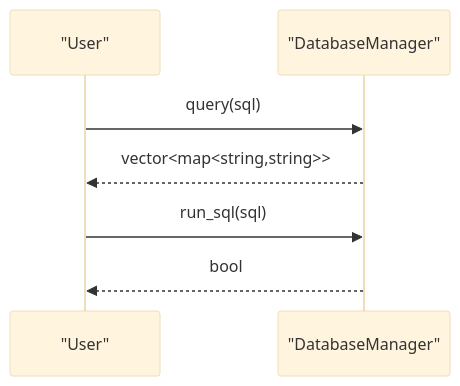
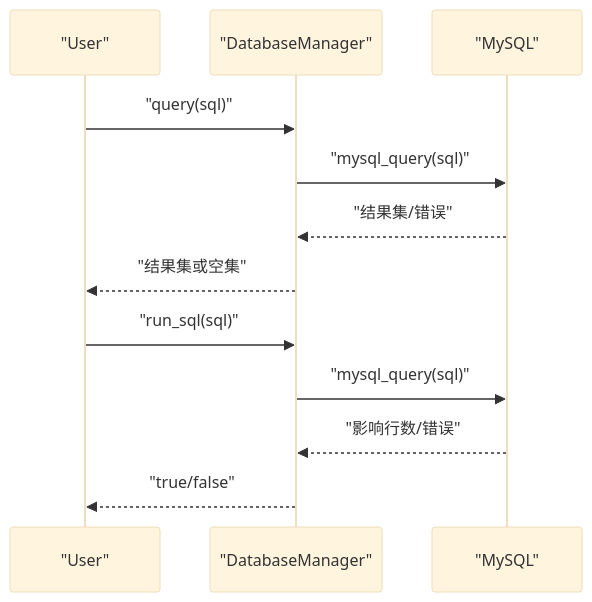
One commit to jinpeng900/OJ-Test changed the fifth of 7 diagrams in .qoder/repowiki/zh/content/核心模块详解/用户模块.md. Above: the diagram before and after it, drawn with Mermaid (base theme). The commit also changed other lines of this file and 147 other files, not shown here.

````diff
--- a/.qoder/repowiki/zh/content/核心模块详解/用户模块.md
+++ b/.qoder/repowiki/zh/content/核心模块详解/用户模块.md
@@ -244,9 +230,14 @@
 ```mermaid
 sequenceDiagram
 participant U as "User"
-participant DM as "DatabaseManager"
-U->>DM : query(sql)
-DM-->>U : vector<map<string,string>>
-U->>DM : run_sql(sql)
-DM-->>U : bool
+participant DB as "DatabaseManager"
+participant SQL as "MySQL"
+U->>DB : "query(sql)"
+DB->>SQL : "mysql_query(sql)"
+SQL-->>DB : "结果集/错误"
+DB-->>U : "结果集或空集"
+U->>DB : "run_sql(sql)"
+DB->>SQL : "mysql_query(sql)"
+SQL-->>DB : "影响行数/错误"
+DB-->>U : "true/false"
 ```
````
